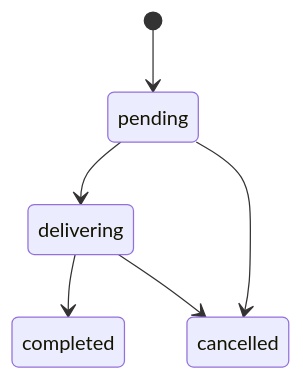
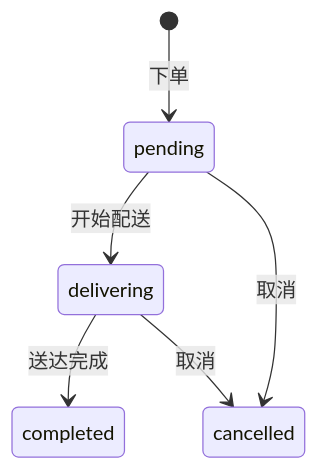
One commit to choisaaaaa/IoT_Smart_Hotel_System changed the tenth of 12 diagrams in docs/database_er_diagram.md. Above: the diagram before and after it, drawn with Mermaid. The commit also changed other lines of this file, not shown here.

Commit message:
docs(database): 更新数据库ER图中关系描述为中文

````diff
--- a/docs/database_er_diagram.md
+++ b/docs/database_er_diagram.md
@@ -552,8 +436,8 @@
 ```mermaid
 stateDiagram-v2
-    [*] --> pending
-    pending --> delivering
-    pending --> cancelled
-    delivering --> completed
-    delivering --> cancelled
+    [*] --> pending: 下单
+    pending --> delivering: 开始配送
+    pending --> cancelled: 取消
+    delivering --> completed: 送达完成
+    delivering --> cancelled: 取消
 ```
````
